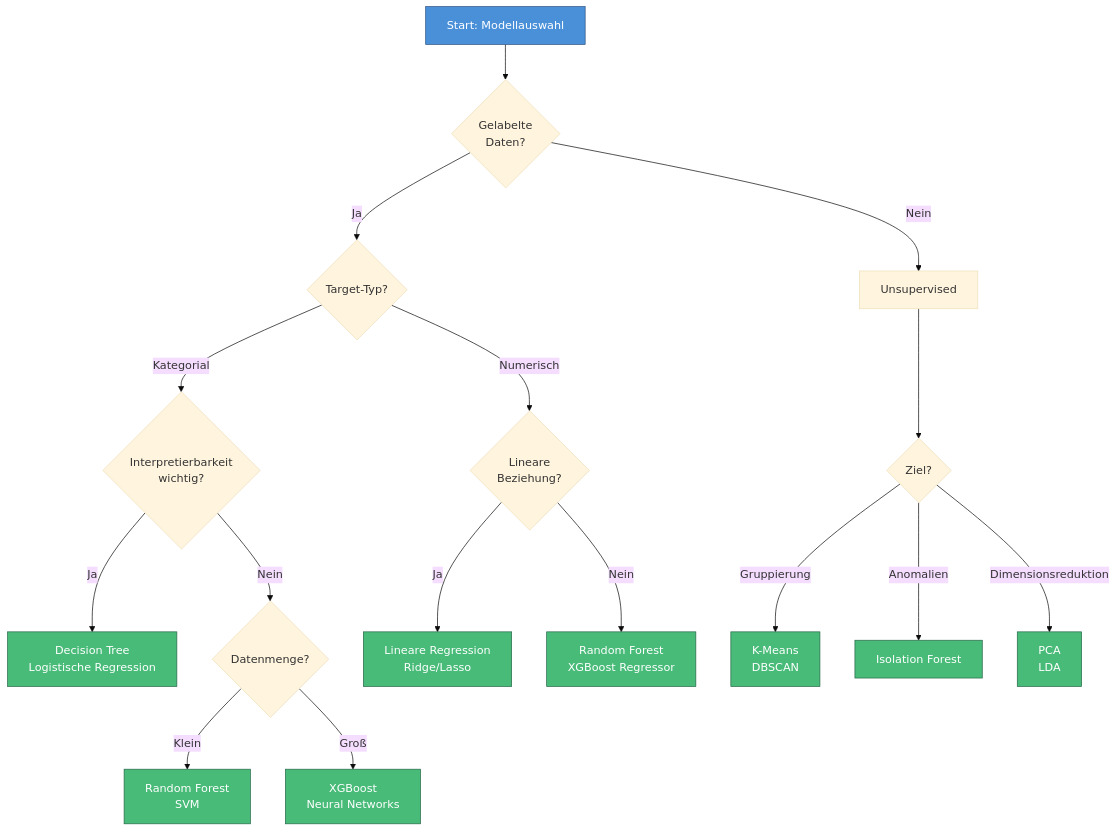
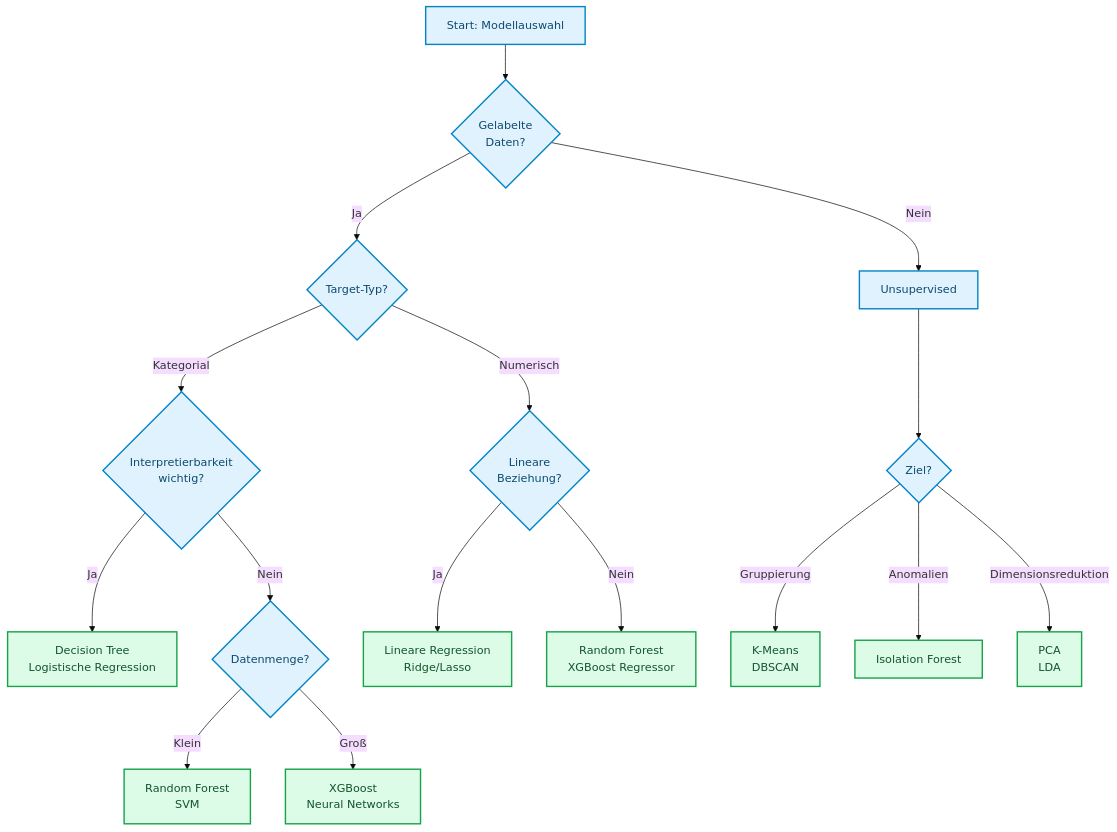
Before and after one commit to ralf-42/ML_Intro: the fourth of 4 diagrams in docs/concepts/modeling/modellauswahl.md, drawn with Mermaid (base theme). The commit also changed other lines of this file and 67 other files, not shown here.

````diff
--- a/docs/concepts/modeling/modellauswahl.md
+++ b/docs/concepts/modeling/modellauswahl.md
@@ -182,35 +189,29 @@
 ```mermaid
 flowchart TD
     A[Start: Modellauswahl]
     A --> B{Gelabelte<br/>Daten?}
     
     B -->|Ja| C{Target-Typ?}
     B -->|Nein| D[Unsupervised]
     
     C -->|Kategorial| E{Interpretierbarkeit<br/>wichtig?}
     C -->|Numerisch| F{Lineare<br/>Beziehung?}
     
     E -->|Ja| G[Decision Tree<br/>Logistische Regression]
     E -->|Nein| H{Datenmenge?}
     
     H -->|Klein| I[Random Forest<br/>SVM]
     H -->|Groß| J[XGBoost<br/>Neural Networks]
     
     F -->|Ja| K[Lineare Regression<br/>Ridge/Lasso]
     F -->|Nein| L[Random Forest<br/>XGBoost Regressor]
     
     D --> M{Ziel?}
     M -->|Gruppierung| N[K-Means<br/>DBSCAN]
     M -->|Anomalien| O[Isolation Forest]
     M -->|Dimensionsreduktion| P[PCA<br/>LDA]
-    
-    style A fill:#4a90d9,stroke:#2c5282,color:#fff
-    style G fill:#48bb78,stroke:#276749,color:#fff
-    style I fill:#48bb78,stroke:#276749,color:#fff
-    style J fill:#48bb78,stroke:#276749,color:#fff
-    style K fill:#48bb78,stroke:#276749,color:#fff
-    style L fill:#48bb78,stroke:#276749,color:#fff
-    style N fill:#48bb78,stroke:#276749,color:#fff
-    style O fill:#48bb78,stroke:#276749,color:#fff
-    style P fill:#48bb78,stroke:#276749,color:#fff
+
+    classDef default fill:#e0f2fe,stroke:#0284c7,stroke-width:2px,color:#0c4a6e;
+    classDef output fill:#dcfce7,stroke:#16a34a,stroke-width:2px,color:#14532d;
+    class G,I,J,K,L,N,O,P output;
 ```
````
